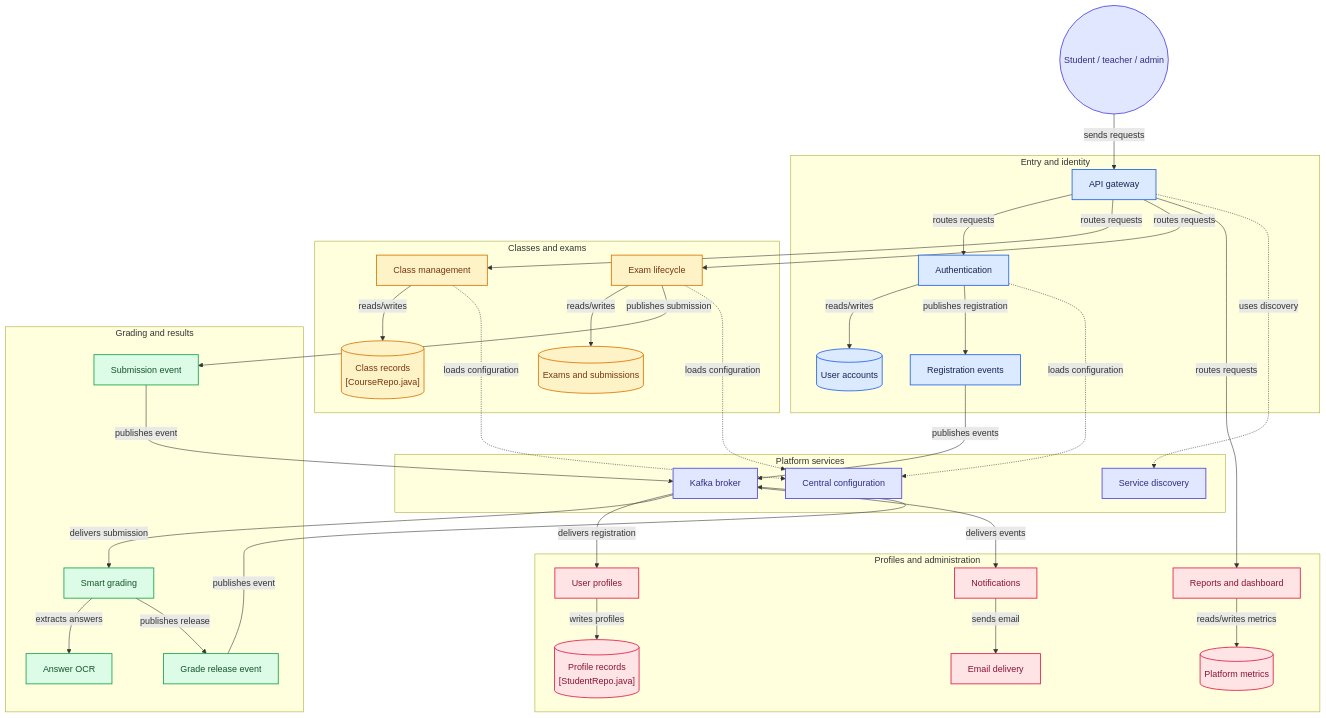
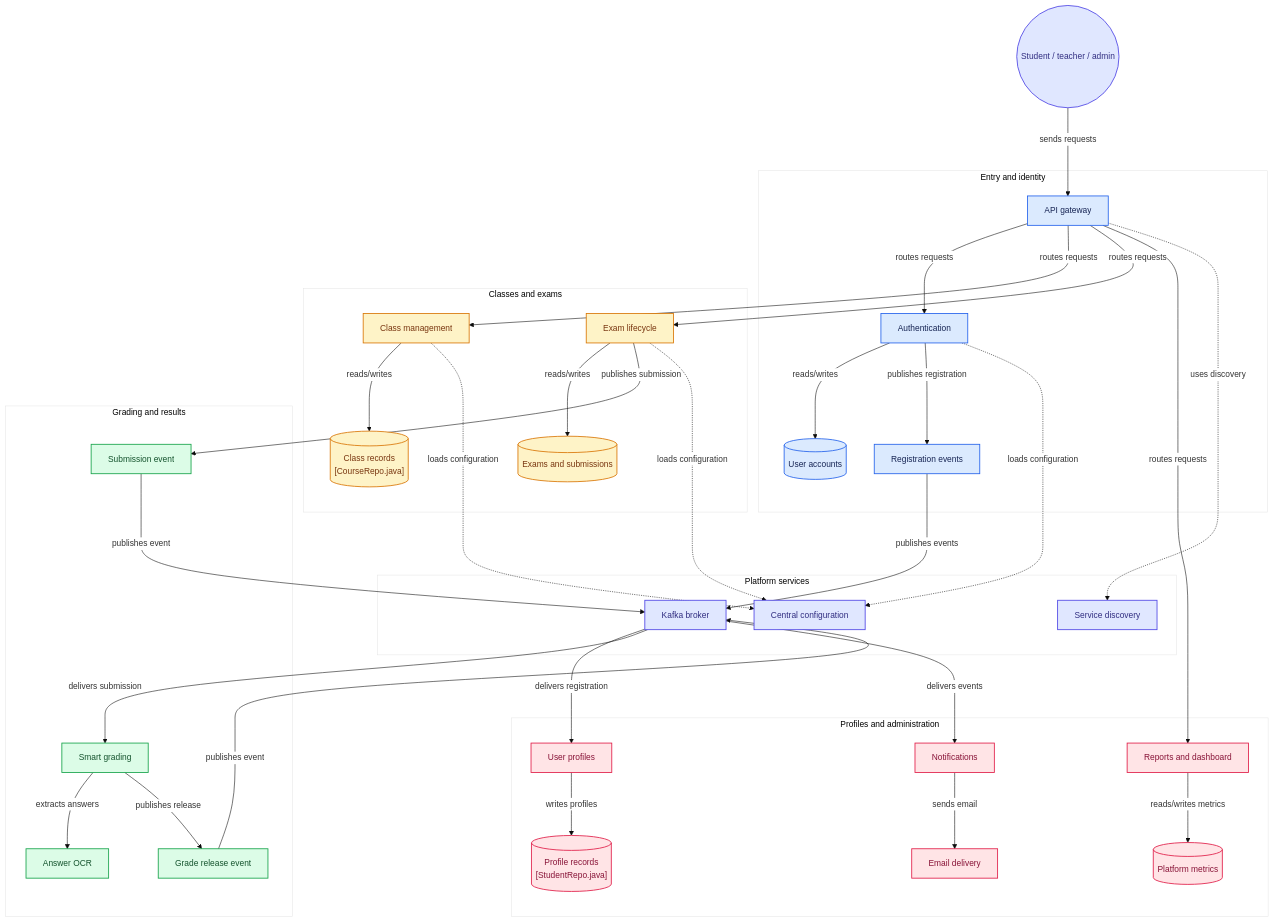
Before and after one commit to Ruvinda-Shaluka/Examsy-Microservice: the diagram in README.md, drawn with Mermaid. The commit also changed other lines of this file and 1 other file, not shown here.

Commit message:
docs: adjust mermaid diagram spacing and dimensions, add video tour badge and media walkthrough

````diff
--- a/README.md
+++ b/README.md
@@ -34,4 +38,18 @@
 ```mermaid
+%%{init: {
+  'theme': 'base',
+  'themeVariables': {
+    'primaryColor': '#ffffff',
+    'fontSize': '15px'
+  },
+  'flowchart': {
+    'defaultRenderer': 'dagre',
+    'nodeSpacing': 50,
+    'rankSpacing': 90,
+    'curve': 'basis',
+    'useMaxWidth': false
+  }
+}}%%
 flowchart TD
 
 subgraph group_edge["Entry and identity"]
````
